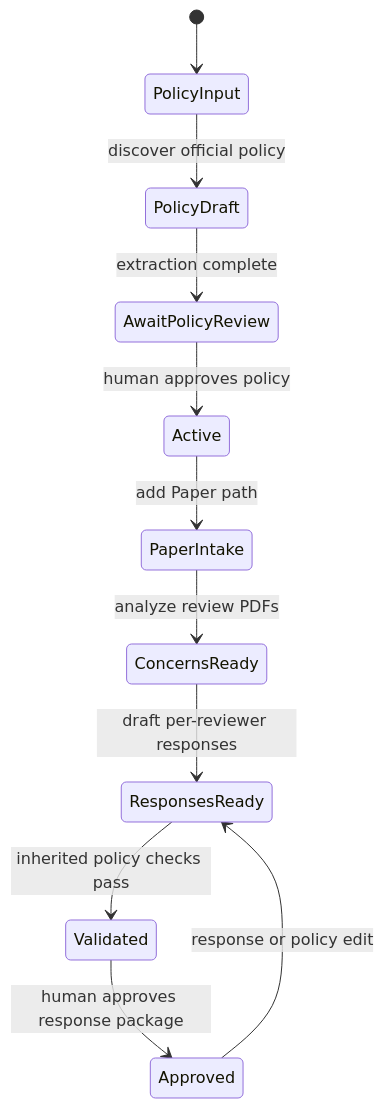
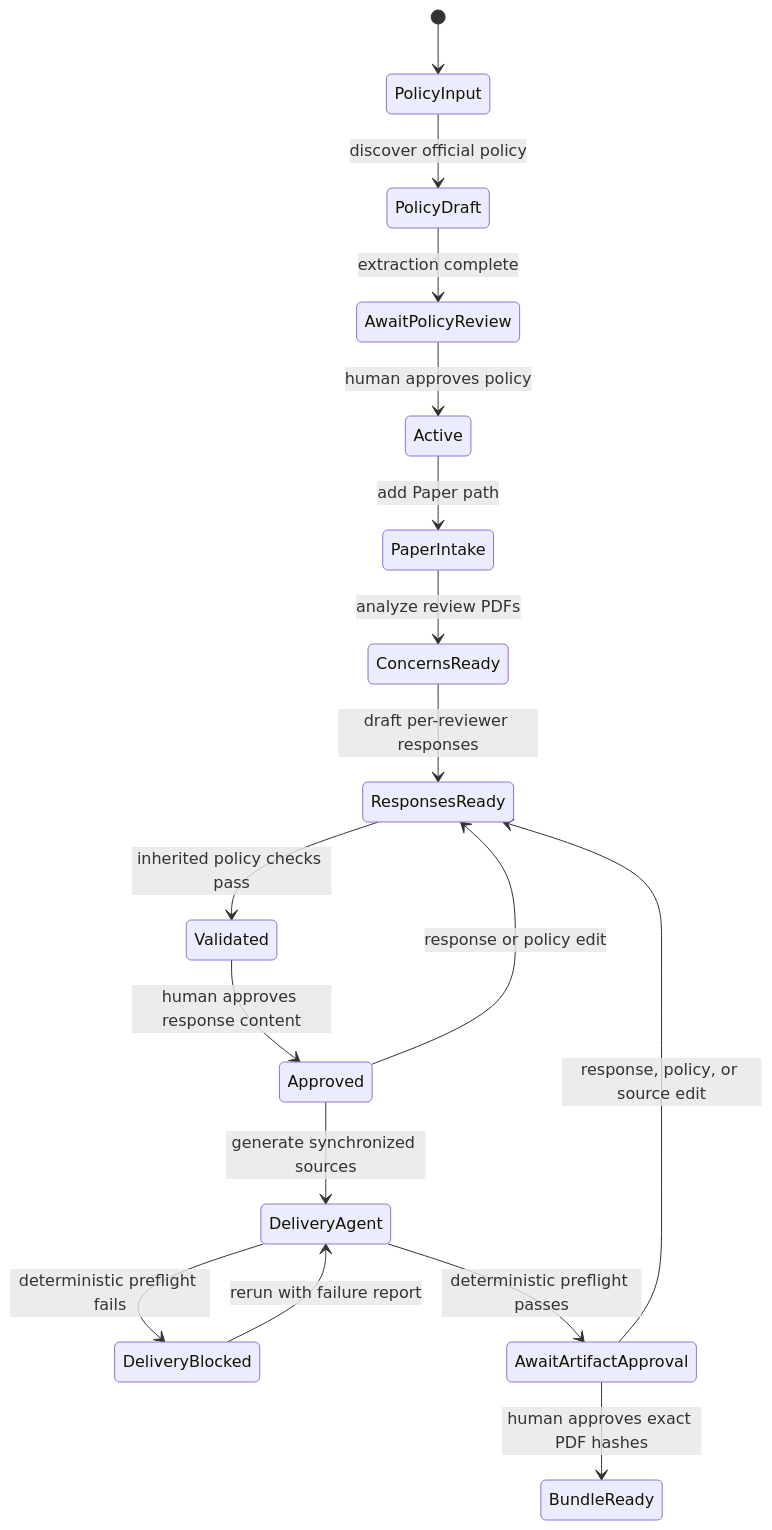
The seventh of 7 diagrams in docs/LOOM_CODEBASE_ARCHITECTURE.md (FutureMLS-Lab/Loom), drawn with Mermaid before and after one commit. The commit also changed other lines of this file and 78 other files, not shown here.

````diff
--- a/docs/LOOM_CODEBASE_ARCHITECTURE.md
+++ b/docs/LOOM_CODEBASE_ARCHITECTURE.md
@@ -2033,13 +2041,19 @@
 ```mermaid
 stateDiagram-v2
     [*] --> PolicyInput
     PolicyInput --> PolicyDraft: discover official policy
     PolicyDraft --> AwaitPolicyReview: extraction complete
     AwaitPolicyReview --> Active: human approves policy
     Active --> PaperIntake: add Paper path
     PaperIntake --> ConcernsReady: analyze review PDFs
     ConcernsReady --> ResponsesReady: draft per-reviewer responses
     ResponsesReady --> Validated: inherited policy checks pass
-    Validated --> Approved: human approves response package
+    Validated --> Approved: human approves response content
+    Approved --> DeliveryAgent: generate synchronized sources
+    DeliveryAgent --> DeliveryBlocked: deterministic preflight fails
+    DeliveryBlocked --> DeliveryAgent: rerun with failure report
+    DeliveryAgent --> AwaitArtifactApproval: deterministic preflight passes
+    AwaitArtifactApproval --> BundleReady: human approves exact PDF hashes
     Approved --> ResponsesReady: response or policy edit
+    AwaitArtifactApproval --> ResponsesReady: response, policy, or source edit
 ```
````
